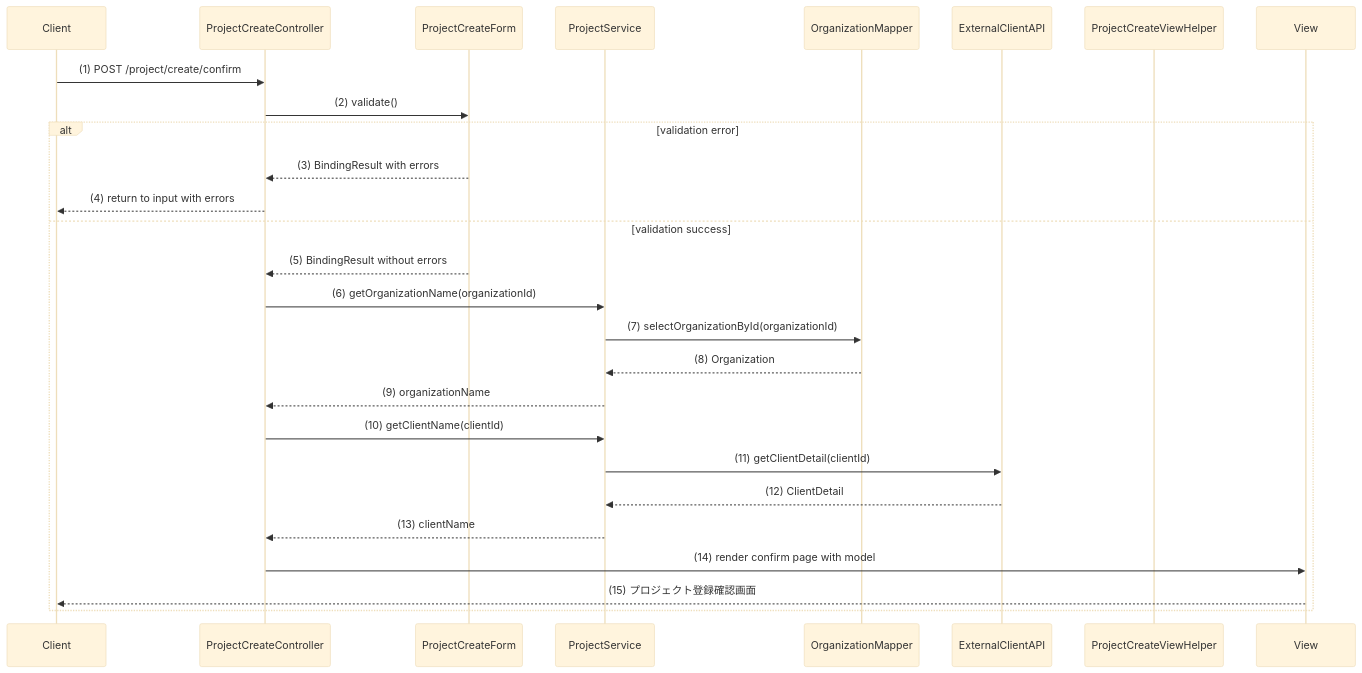
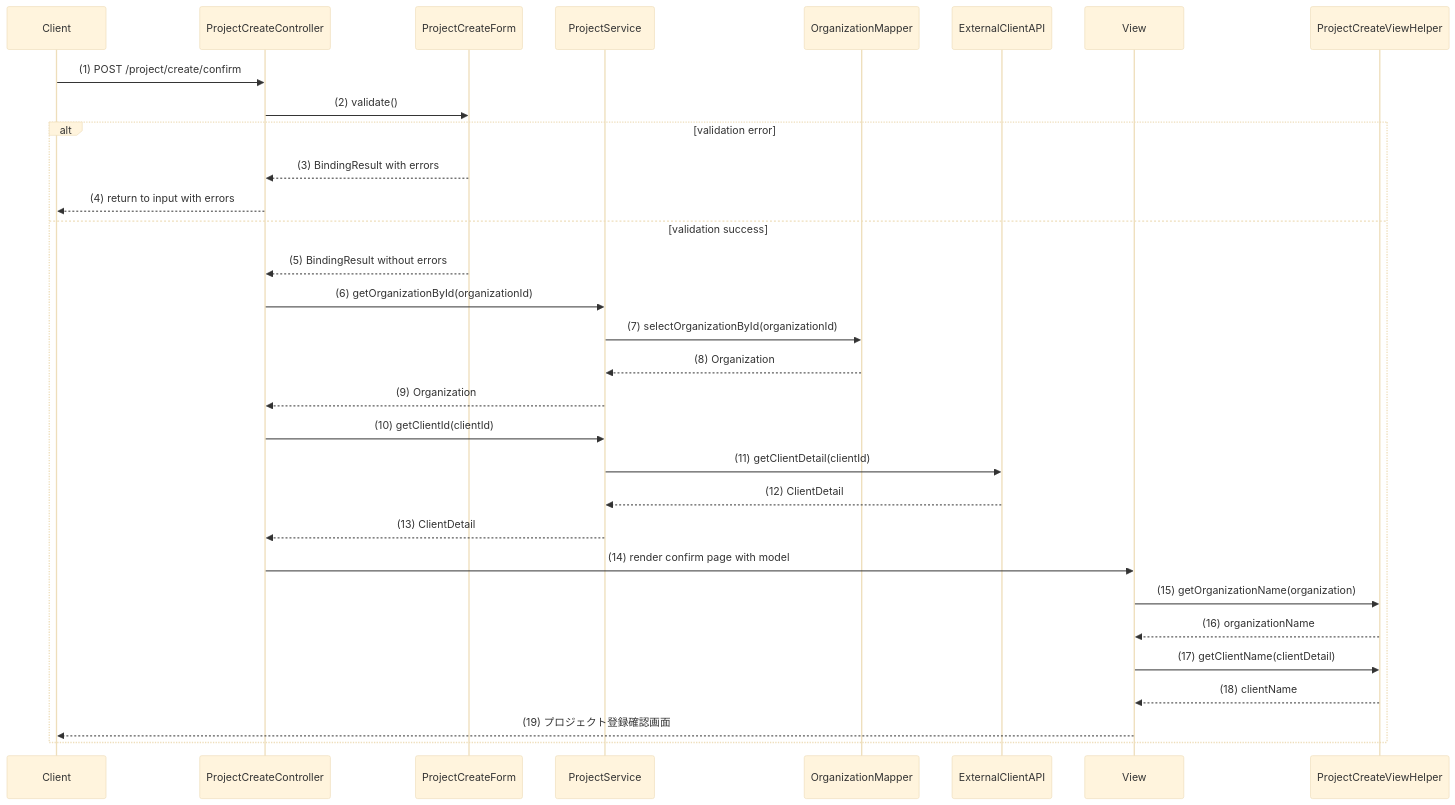
One commit to nagaoka-aya/rta-with-ai-2 changed the fifth of 5 diagrams in web/docs/plan/プロジェクト登録画面実装計画.md. Above: the diagram before and after it, drawn with Mermaid (base theme). The commit also changed other lines of this file, not shown here.

````diff
--- a/web/docs/plan/プロジェクト登録画面実装計画.md
+++ b/web/docs/plan/プロジェクト登録画面実装計画.md
@@ -163,34 +163,40 @@
 ```mermaid
 sequenceDiagram
     participant Client
     participant ProjectCreateController
     participant ProjectCreateForm
     participant ProjectService
     participant OrganizationMapper
     participant ExternalClientAPI
+    participant View
     participant ProjectCreateViewHelper
-    participant View
 
     Client ->> ProjectCreateController: (1) POST /project/create/confirm
     ProjectCreateController ->> ProjectCreateForm: (2) validate()
     
     alt validation error
         ProjectCreateForm -->> ProjectCreateController: (3) BindingResult with errors
         ProjectCreateController -->> Client: (4) return to input with errors
     else validation success
         ProjectCreateForm -->> ProjectCreateController: (5) BindingResult without errors
         
-        ProjectCreateController ->> ProjectService: (6) getOrganizationName(organizationId)
+        ProjectCreateController ->> ProjectService: (6) getOrganizationById(organizationId)
         ProjectService ->> OrganizationMapper: (7) selectOrganizationById(organizationId)
         OrganizationMapper -->> ProjectService: (8) Organization
-        ProjectService -->> ProjectCreateController: (9) organizationName
+        ProjectService -->> ProjectCreateController: (9) Organization
         
-        ProjectCreateController ->> ProjectService: (10) getClientName(clientId)
+        ProjectCreateController ->> ProjectService: (10) getClientId(clientId)
         ProjectService ->> ExternalClientAPI: (11) getClientDetail(clientId)
         ExternalClientAPI -->> ProjectService: (12) ClientDetail
-        ProjectService -->> ProjectCreateController: (13) clientName
+        ProjectService -->> ProjectCreateController: (13) ClientDetail
         
         ProjectCreateController ->> View: (14) render confirm page with model
-        View -->> Client: (15) プロジェクト登録確認画面
+        View ->> ProjectCreateViewHelper: (15) getOrganizationName(organization)
+        ProjectCreateViewHelper -->> View: (16) organizationName
+        
+        View ->> ProjectCreateViewHelper: (17) getClientName(clientDetail)
+        ProjectCreateViewHelper -->> View: (18) clientName
+        
+        View -->> Client: (19) プロジェクト登録確認画面
     end
 ```
````
